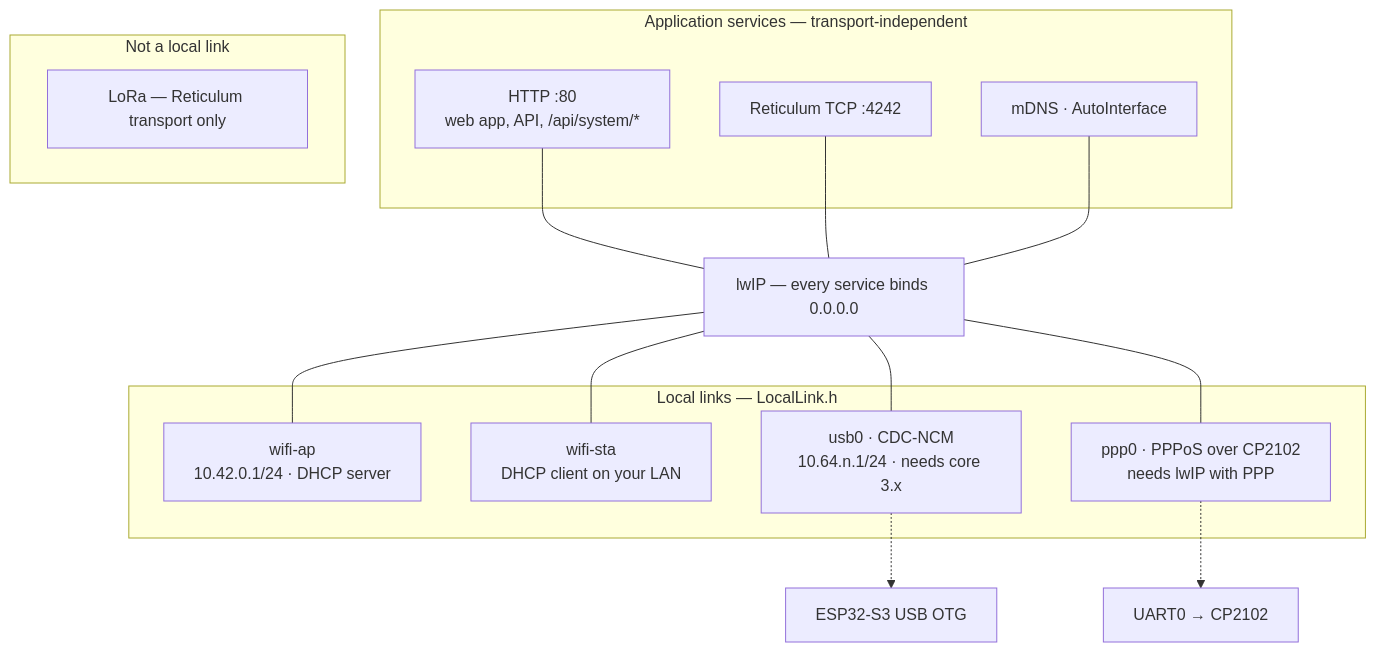
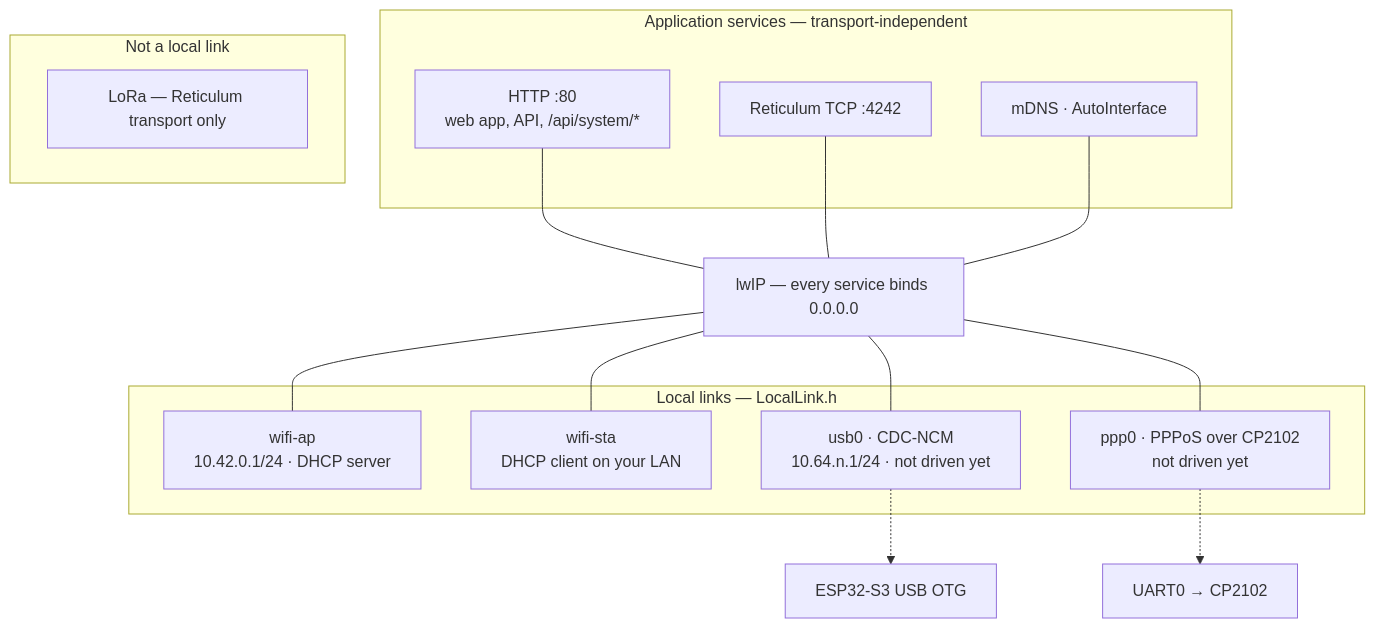
One commit to dobrevit/RetiMesh_Node changed the first of 2 diagrams in docs/local-link.md. Above: the diagram before and after it, drawn with Mermaid. The commit also changed other lines of this file and 11 other files, not shown here.

````diff
--- a/docs/local-link.md
+++ b/docs/local-link.md
@@ -14,27 +14,27 @@
 ```mermaid
 flowchart TB
   subgraph app[Application services — transport-independent]
     HTTP[HTTP :80<br/>web app, API, /api/system/*]
     RNS[Reticulum TCP :4242]
     MDNS[mDNS · AutoInterface]
   end
   LWIP[lwIP — every service binds 0.0.0.0]
   HTTP --- LWIP
   RNS --- LWIP
   MDNS --- LWIP
   subgraph links[Local links — LocalLink.h]
     AP[wifi-ap<br/>10.42.0.1/24 · DHCP server]
     STA[wifi-sta<br/>DHCP client on your LAN]
-    USB[usb0 · CDC-NCM<br/>10.64.n.1/24 · needs core 3.x]
-    PPP[ppp0 · PPPoS over CP2102<br/>needs lwIP with PPP]
+    USB[usb0 · CDC-NCM<br/>10.64.n.1/24 · not driven yet]
+    PPP[ppp0 · PPPoS over CP2102<br/>not driven yet]
   end
   LWIP --- AP
   LWIP --- STA
   LWIP --- USB
   LWIP --- PPP
   USB -.-> S3USB[ESP32-S3 USB OTG]
   PPP -.-> UART[UART0 → CP2102]
   subgraph lora[Not a local link]
     LORA[LoRa — Reticulum transport only]
   end
 ```
````
